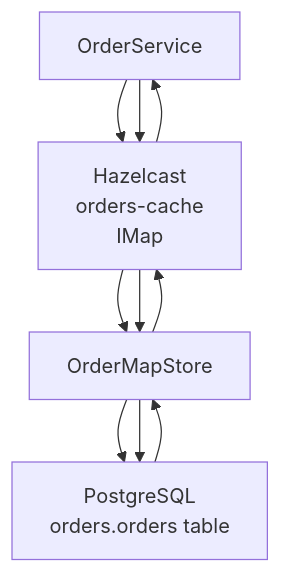
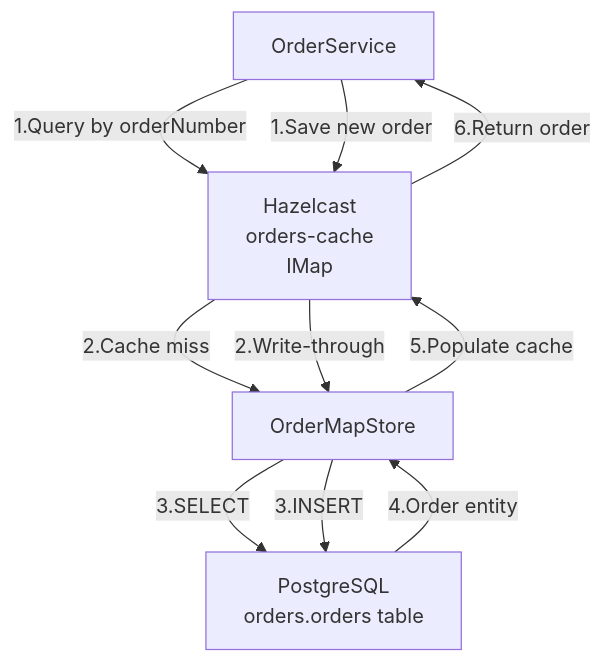
Before and after one commit to philipz/spring-modular-monolith: the sixth of 6 diagrams in docs/deepwiki/Orders-Module.md, drawn with Mermaid. The commit also changed other lines of this file and 55 other files, not shown here.

````diff
--- a/docs/deepwiki/Orders-Module.md
+++ b/docs/deepwiki/Orders-Module.md
@@ -444,18 +444,18 @@
 ```mermaid
 flowchart TD
 
 OrderService["OrderService"]
 HZCache["Hazelcast<br>orders-cache<br>IMap<String, Object>"]
 MapStore["OrderMapStore"]
 PostgreSQL["PostgreSQL<br>orders.orders table"]
 
-OrderService --> HZCache
-HZCache --> MapStore
-MapStore --> PostgreSQL
-PostgreSQL --> MapStore
-MapStore --> HZCache
-HZCache --> OrderService
-OrderService --> HZCache
-HZCache --> MapStore
-MapStore --> PostgreSQL
+OrderService -->|"1.Query by orderNumber"| HZCache
+HZCache -->|"2.Cache miss"| MapStore
+MapStore -->|"3.SELECT"| PostgreSQL
+PostgreSQL -->|"4.Order entity"| MapStore
+MapStore -->|"5.Populate cache"| HZCache
+HZCache -->|"6.Return order"| OrderService
+OrderService -->|"1.Save new order"| HZCache
+HZCache -->|"2.Write-through"| MapStore
+MapStore -->|"3.INSERT"| PostgreSQL
 ```
````
